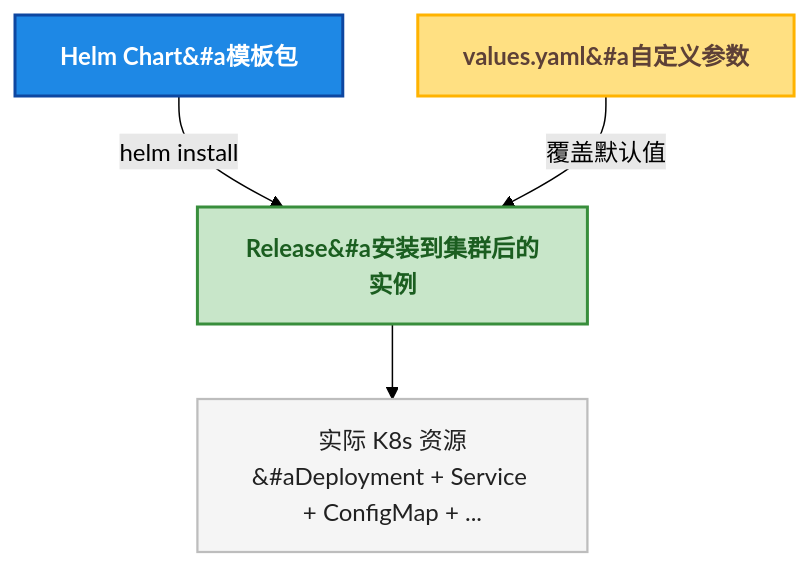
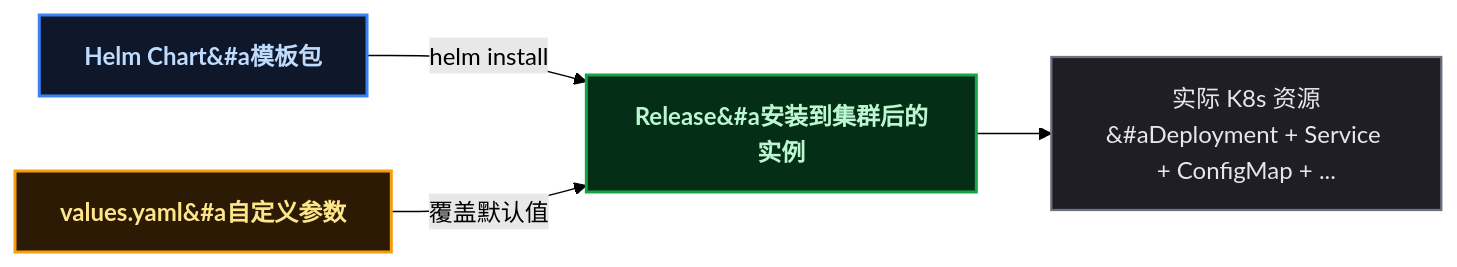
One commit to yaocat55/yaocat55.github.io changed the second of 5 diagrams in content/posts/kubernetes/K8sDeveloperPanorama.md. Above: the diagram before and after it, drawn with Mermaid (forest theme). The commit also changed other lines of this file and 155 other files, not shown here.

````diff
--- a/content/posts/kubernetes/K8sDeveloperPanorama.md
+++ b/content/posts/kubernetes/K8sDeveloperPanorama.md
@@ -186,23 +186,23 @@
 ```mermaid
-flowchart TD
+flowchart LR
   CHART["Helm Chart&#a模板包"]
   VALUES["values.yaml&#a自定义参数"]
   RELEASE["Release&#a安装到集群后的实例"]
   RES["实际 K8s 资源&#aDeployment + Service + ConfigMap + ..."]
 
   CHART -->|"helm install"| RELEASE
   VALUES -->|"覆盖默认值"| RELEASE
   RELEASE --> RES
 
-  classDef chart fill:#1E88E5,stroke:#0D47A1,stroke-width:2px,color:#FFFFFF,font-weight:bold
+classDef chart fill:#0f172a,stroke:#3b82f6,stroke-width:2px,color:#bfdbfe,font-weight:bold;
   class CHART chart
 
-  classDef values fill:#FFE082,stroke:#FFB300,stroke-width:2px,color:#5D4037,font-weight:bold
+classDef values fill:#2d1a05,stroke:#f59e0b,stroke-width:2px,color:#fde68a,font-weight:bold;
   class VALUES values
 
-  classDef release fill:#C8E6C9,stroke:#388E3C,stroke-width:2px,color:#1B5E20,font-weight:bold
+classDef release fill:#052e16,stroke:#16a34a,stroke-width:2px,color:#bbf7d0,font-weight:bold;
   class RELEASE release
 
-  classDef res fill:#F5F5F5,stroke:#BDBDBD,stroke-width:1.5px,color:#212121
+classDef res fill:#1e1e24,stroke:#6b7280,stroke-width:1.5px,color:#e5e7eb;
   class RES res
 ```
````
